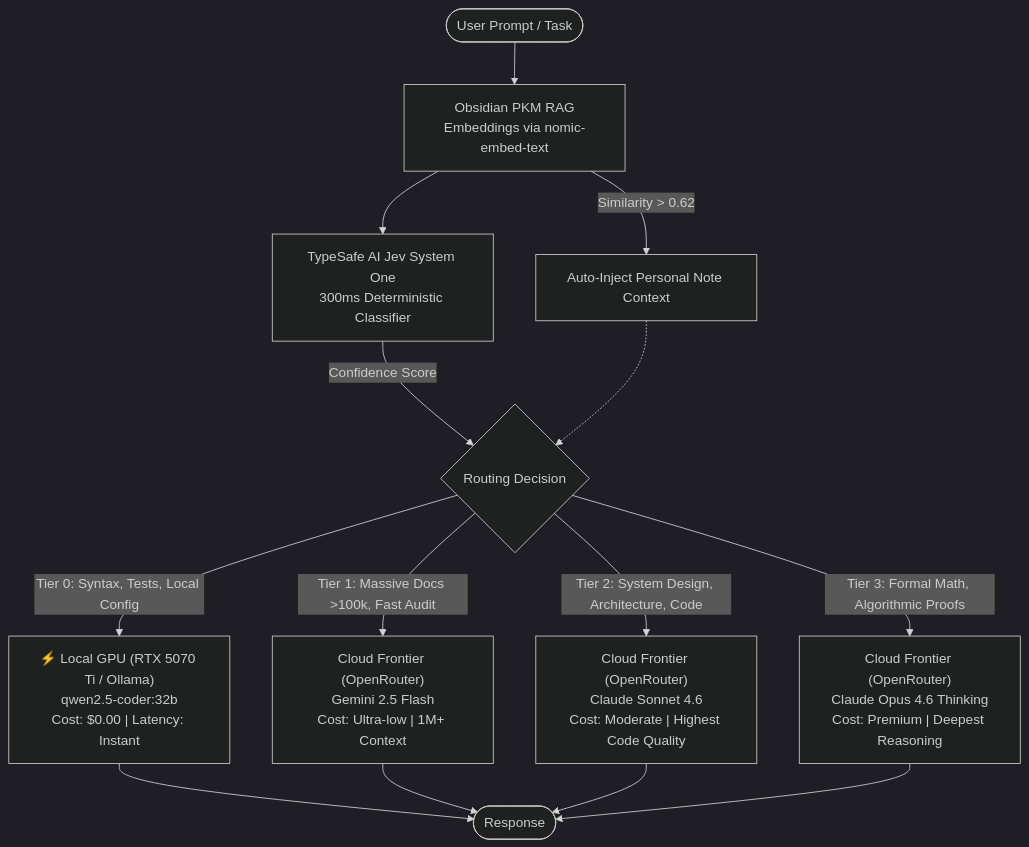
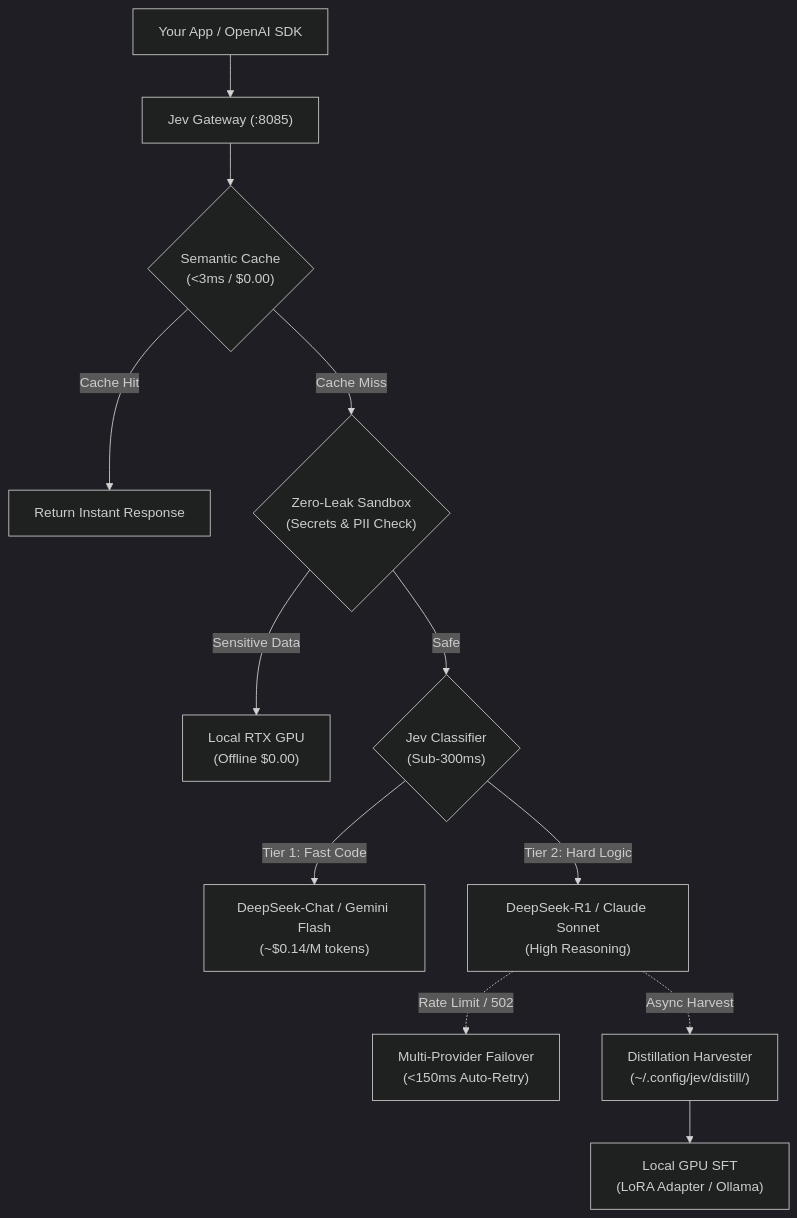
One commit to dragpk247/jev-gateway changed the diagram in README.md. Above: the diagram before and after it, drawn with Mermaid (dark theme). The commit also changed other lines of this file and 2 other files, not shown here.

Commit message:
feat(release): add public enterprise README and train_local fine-tuning CLI

````diff
--- a/README.md
+++ b/README.md
@@ -26,23 +22,18 @@
 ```mermaid
 flowchart TD
-    User([User Prompt / Task]) --> VaultRAG[Obsidian PKM RAG\nEmbeddings via nomic-embed-text]
-    VaultRAG -->|Similarity > 0.62| InjectedContext[Auto-Inject Personal Note Context]
-    VaultRAG --> JevClassifier[TypeSafe AI Jev System One\n300ms Deterministic Classifier]
-    
-    JevClassifier -->|Confidence Score| RouterLogic{Routing Decision}
-    
-    InjectedContext -.-> RouterLogic
-    
-    RouterLogic -->|Tier 0: Syntax, Tests, Local Config| LocalGPU["⚡ Local GPU (RTX 5070 Ti / Ollama)\nqwen2.5-coder:32b\nCost: $0.00 | Latency: Instant"]
-    
-    RouterLogic -->|Tier 1: Massive Docs >100k, Fast Audit| GeminiCloud[" Cloud Frontier (OpenRouter)\nGemini 2.5 Flash\nCost: Ultra-low | 1M+ Context"]
-    
-    RouterLogic -->|Tier 2: System Design, Architecture, Code| ClaudeSonnet[" Cloud Frontier (OpenRouter)\nClaude Sonnet 4.6\nCost: Moderate | Highest Code Quality"]
-    
-    RouterLogic -->|Tier 3: Formal Math, Algorithmic Proofs| ClaudeOpus[" Cloud Frontier (OpenRouter)\nClaude Opus 4.6 Thinking\nCost: Premium | Deepest Reasoning"]
+    UserApp["Your App / OpenAI SDK"] --> JevProxy["Jev Gateway (:8085)"]
 
-    LocalGPU --> Output([Response])
-    GeminiCloud --> Output
-    ClaudeSonnet --> Output
-    ClaudeOpus --> Output
+    JevProxy --> Cache{"Semantic Cache\n(<3ms / $0.00)"}
+    Cache -->|Cache Hit| FastReturn["Return Instant Response"]
+
+    Cache -->|Cache Miss| Privacy{"Zero-Leak Sandbox\n(Secrets & PII Check)"}
+    Privacy -->|Sensitive Data| LocalStrict["Local RTX GPU\n(Offline $0.00)"]
+
+    Privacy -->|Safe| SmartRouter{"Jev Classifier\n(Sub-300ms)"}
+    SmartRouter -->|Tier 1: Fast Code| CheapCloud["DeepSeek-Chat / Gemini Flash\n(~$0.14/M tokens)"]
+    SmartRouter -->|Tier 2: Hard Logic| FrontierCloud["DeepSeek-R1 / Claude Sonnet\n(High Reasoning)"]
+
+    FrontierCloud -.->|Rate Limit / 502| Failover["Multi-Provider Failover\n(<150ms Auto-Retry)"]
+    FrontierCloud -.->|Async Harvest| Harvester["Distillation Harvester\n(~/.config/jev/distill/)"]
+    Harvester --> LoRA["Local GPU SFT\n(LoRA Adapter / Ollama)"]
 ```
````
